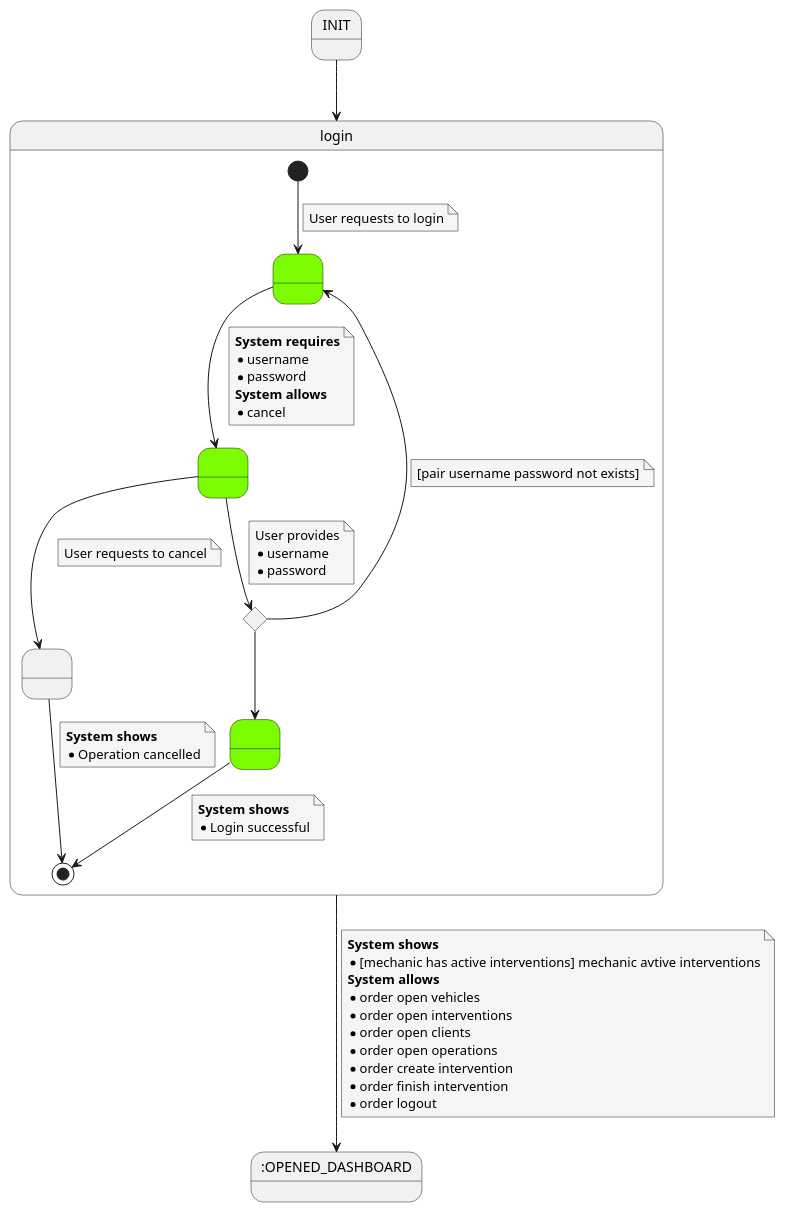
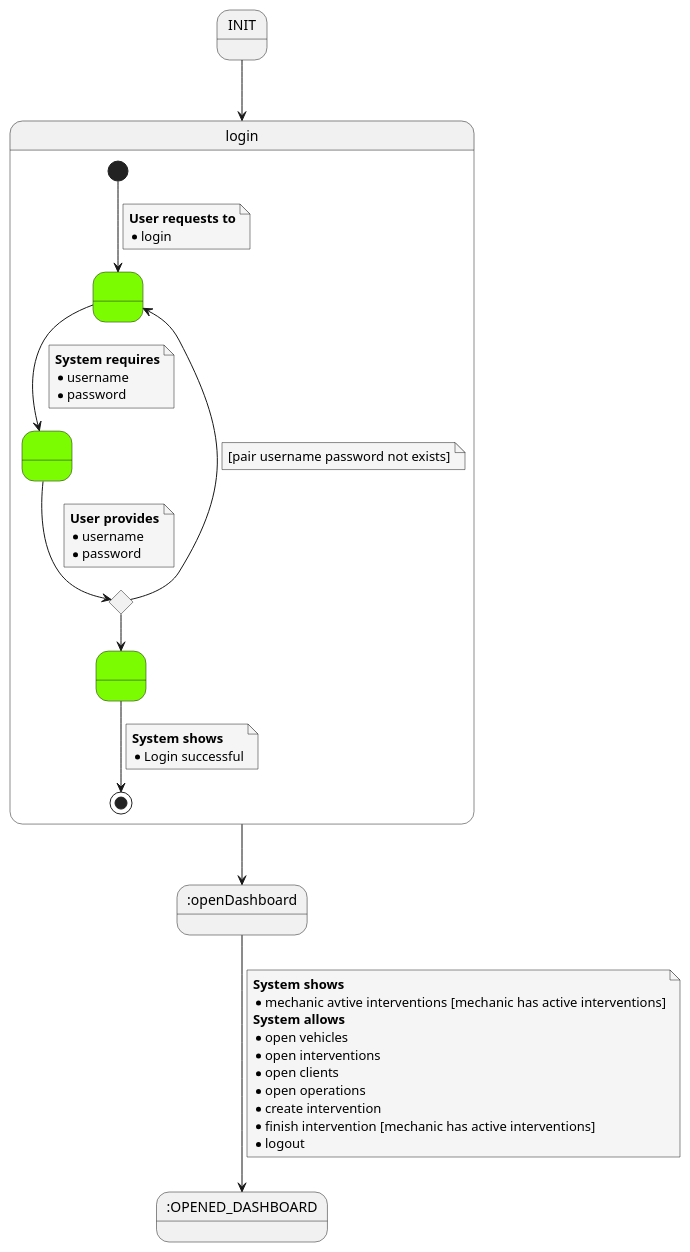
The diagram in documentation/1requiremets/usecases_specification/puml/login.puml (Ruskab/agrimManager), drawn with PlantUML before and after one commit. The commit also changed 3 other files, not shown here.

```diff
--- a/documentation/1requiremets/usecases_specification/puml/login.puml
+++ b/documentation/1requiremets/usecases_specification/puml/login.puml
@@ -1,81 +1,72 @@
 @startuml
     skinparam {
         NoteBackgroundColor #whiteSmoke
     }
 
 state initstate as "INIT"
-state usecase as "login"
+state login
+state openDashboard as ":openDashboard"
 state endstate as ":OPENED_DASHBOARD"
 
-initstate --> usecase
+initstate --> login
 
-state usecase {
+state login {
 
 state 1 as " " #LawnGreen
 state condicional <<choice>>
 state 2 as " " #LawnGreen
 state 3 as " " #LawnGreen
-state 4 as " "
 
 [*] --> 1
 note on link
-User requests to login
+<b>User requests to</b>
+* login
 end note
 
 1 --> 2
 note on link
 <b>System requires</b>
 * username
 * password
-<b>System allows</b>
-* cancel
-end note
-
-2 --> 4
-note on link
-User requests to cancel
 end note
 
 2 --> condicional
 note on link
-User provides
+<b>User provides</b>
 * username
 * password
 end note
 
 condicional --> 1
 note on link
 [pair username password not exists]
 end note
 
 condicional --> 3
 
 3 --> [*]
 note on link
 <b>System shows</b>
 * Login successful
 end note
 
-4 --> [*]
-note on link
-<b>System shows</b>
-* Operation cancelled
-end note
 
 }
 
-usecase --> endstate
+login --> openDashboard
+
+openDashboard --> endstate
 note on link
 <b>System shows</b>
-* [mechanic has active interventions] mechanic avtive interventions
+* mechanic avtive interventions [mechanic has active interventions]
 <b>System allows</b>
-* order open vehicles
-* order open interventions
-* order open clients
-* order open operations
-* order create intervention
-* order finish intervention
-* order logout
+* open vehicles
+* open interventions
+* open clients
+* open operations
+* create intervention
+* finish intervention [mechanic has active interventions]
+* logout
 end note
 
 @enduml
```
